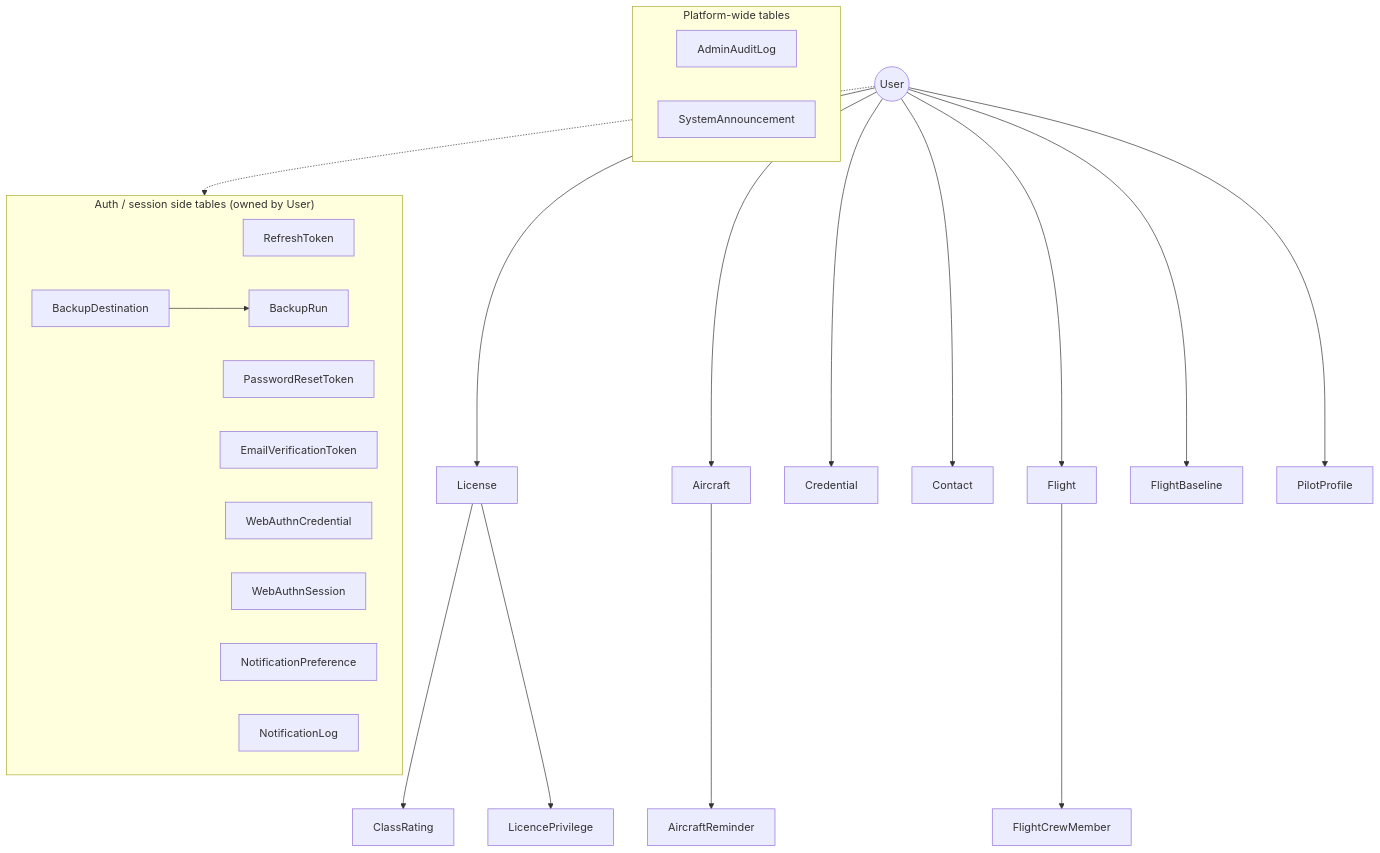
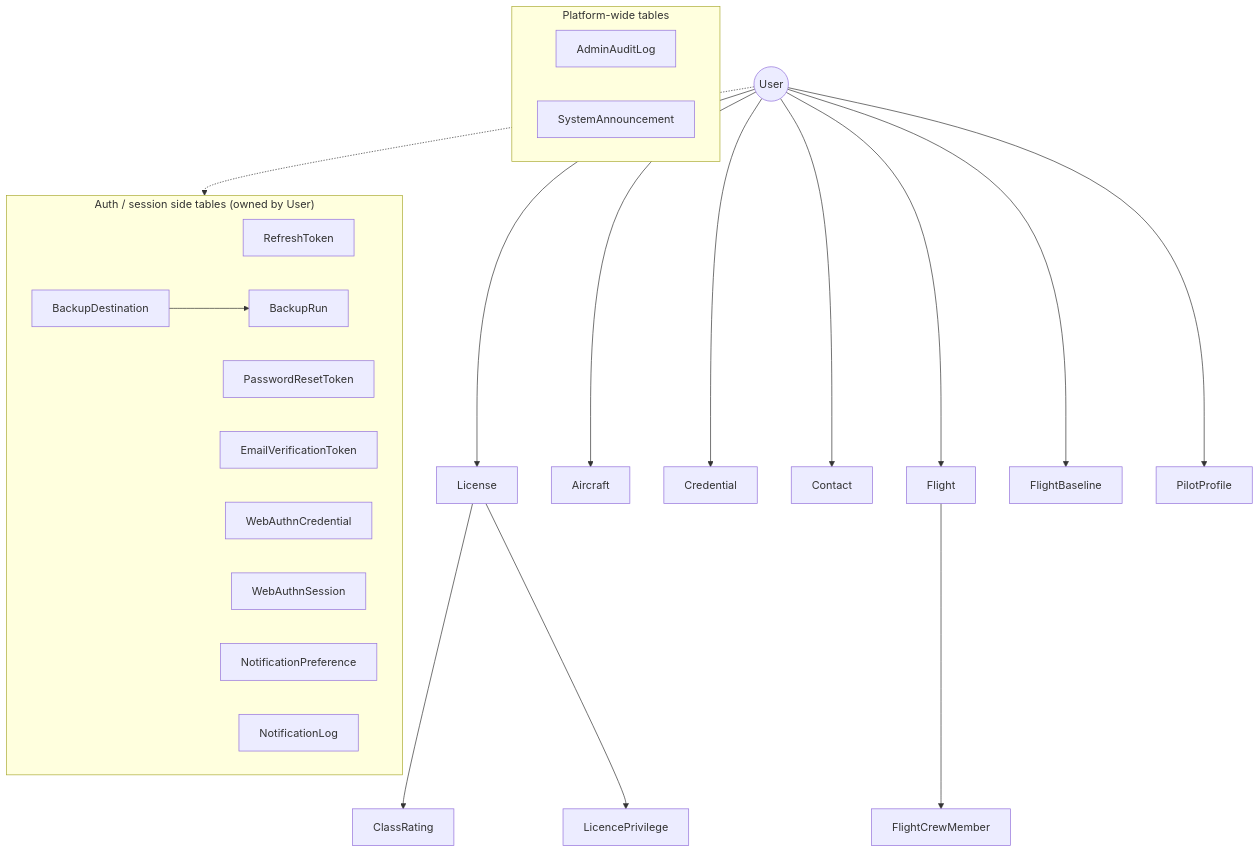
Before and after one commit to fjaeckel/ninerlog-api: the diagram in docs/DATA_MODEL.md, drawn with Mermaid. The commit also changed other lines of this file and 51 other files, not shown here.

````diff
--- a/docs/DATA_MODEL.md
+++ b/docs/DATA_MODEL.md
@@ -13,35 +13,34 @@
 ```mermaid
 flowchart TD
     User((User))
     User --> License
     User --> Aircraft
-    Aircraft --> AircraftReminder
     User --> Credential
     User --> Contact
     User --> Flight
     User --> FlightBaseline
     User --> PilotProfile
     License --> ClassRating
     License --> LicencePrivilege
     Flight --> FlightCrewMember
 
     subgraph auth["Auth / session side tables (owned by User)"]
         direction LR
         RefreshToken
         PasswordResetToken
         EmailVerificationToken
         WebAuthnCredential
         WebAuthnSession
         NotificationPreference
         NotificationLog
         BackupDestination --> BackupRun
     end
 
     subgraph platform["Platform-wide tables"]
         direction LR
         AdminAuditLog
         SystemAnnouncement
     end
 
     User -.-> auth
 ```
````
